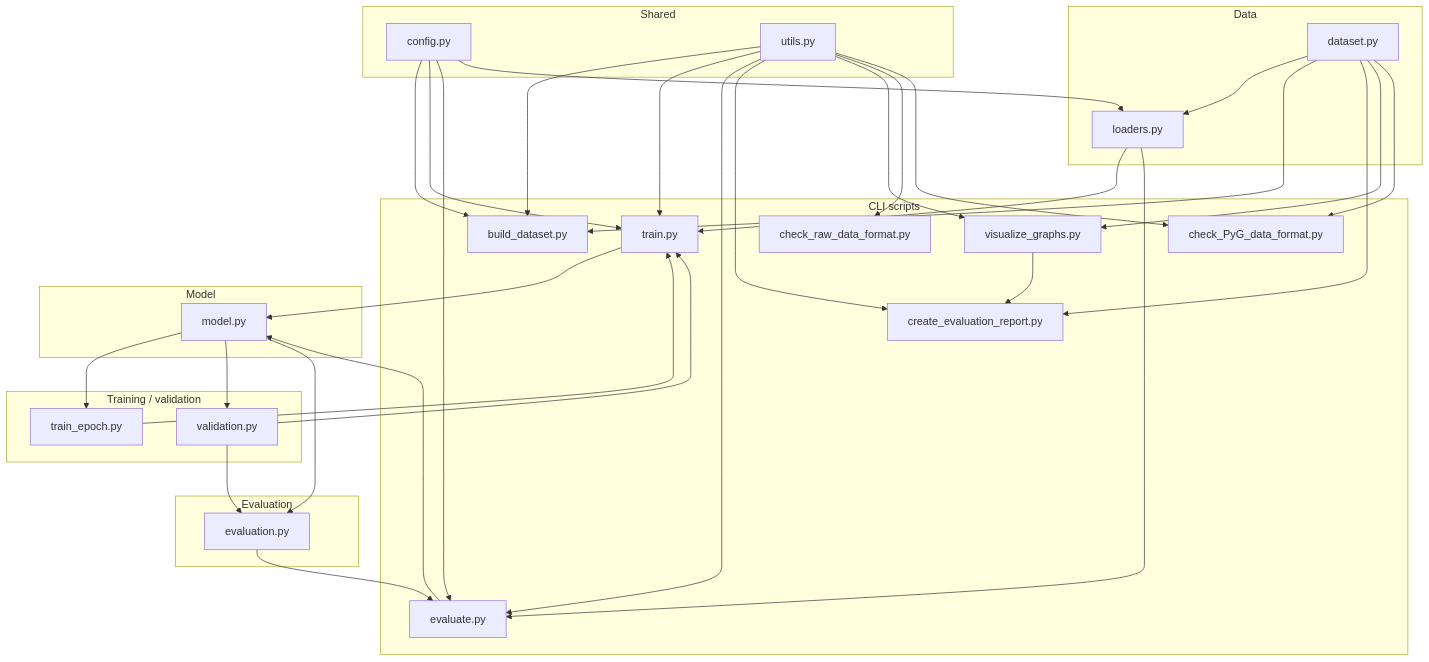
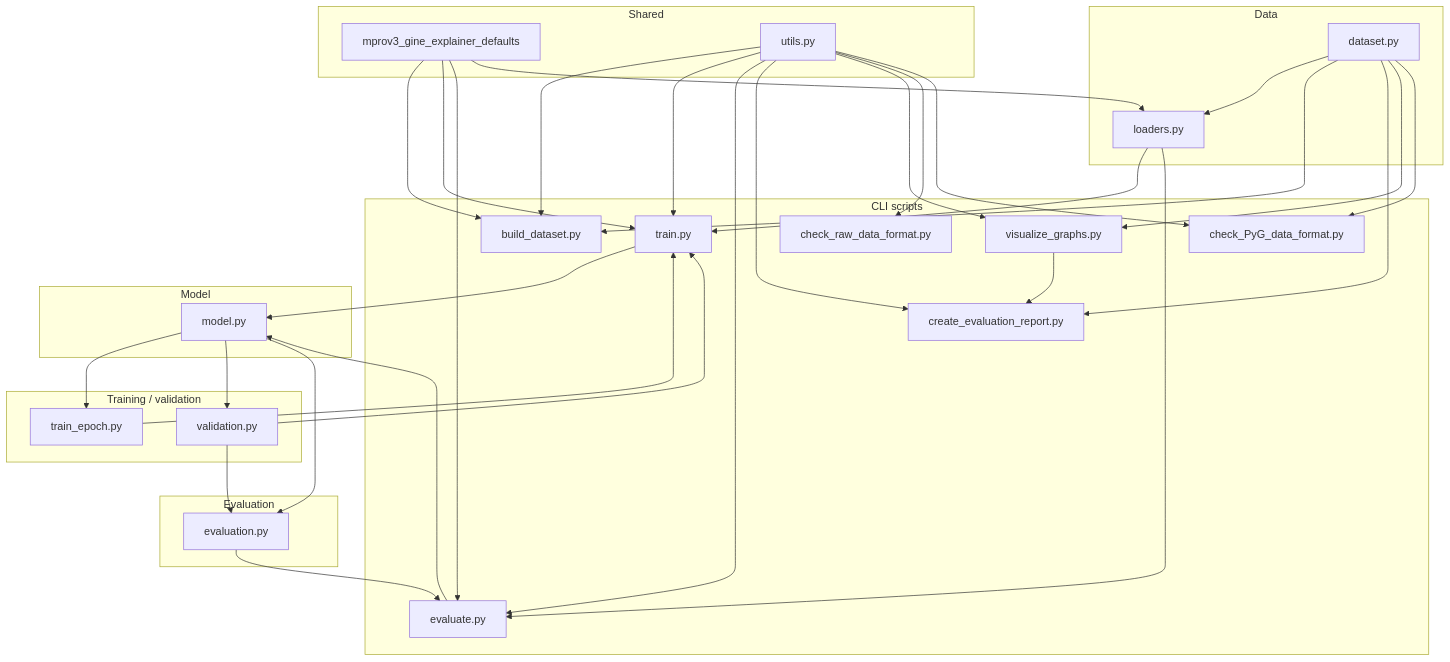
Before and after one commit to mananoreboton/mrpov3_gine_explainers: the second of 2 diagrams in mprov3_gine/README.md, drawn with Mermaid. The commit also changed other lines of this file and 27 other files, not shown here.

````diff
--- a/mprov3_gine/README.md
+++ b/mprov3_gine/README.md
@@ -126,64 +126,64 @@
 ```mermaid
 flowchart TB
     subgraph cli [CLI scripts]
         BuildScript[build_dataset.py]
         TrainScript[train.py]
         EvalScript[evaluate.py]
         ReportScript[create_evaluation_report.py]
         VizScript[visualize_graphs.py]
         CheckInScript[check_raw_data_format.py]
         CheckOutScript[check_PyG_data_format.py]
     end
 
     subgraph shared [Shared]
-        Config[config.py]
+        Defaults[mprov3_gine_explainer_defaults]
         Utils[utils.py]
     end
 
     subgraph data_layer [Data]
         Dataset[dataset.py]
         Loaders[loaders.py]
     end
 
     subgraph model_layer [Model]
         Model[model.py]
     end
 
     subgraph train_logic [Training / validation]
         TrainEpoch[train_epoch.py]
         Validation[validation.py]
     end
 
     subgraph eval_logic [Evaluation]
         Evaluation[evaluation.py]
     end
 
-    Config --> BuildScript
-    Config --> TrainScript
-    Config --> EvalScript
-    Config --> Loaders
+    Defaults --> BuildScript
+    Defaults --> TrainScript
+    Defaults --> EvalScript
+    Defaults --> Loaders
     Utils --> BuildScript
     Utils --> TrainScript
     Utils --> EvalScript
     Utils --> ReportScript
     Utils --> VizScript
     Utils --> CheckInScript
     Utils --> CheckOutScript
     TrainScript --> Model
     EvalScript --> Model
     Dataset --> Loaders
     Dataset --> BuildScript
     Loaders --> TrainScript
     Loaders --> EvalScript
     Model --> TrainEpoch
     Model --> Validation
     Model --> Evaluation
     TrainEpoch --> TrainScript
     Validation --> TrainScript
     Validation --> Evaluation
     Evaluation --> EvalScript
     Dataset --> ReportScript
     Dataset --> VizScript
     VizScript --> ReportScript
     Dataset --> CheckOutScript
 ```
````
